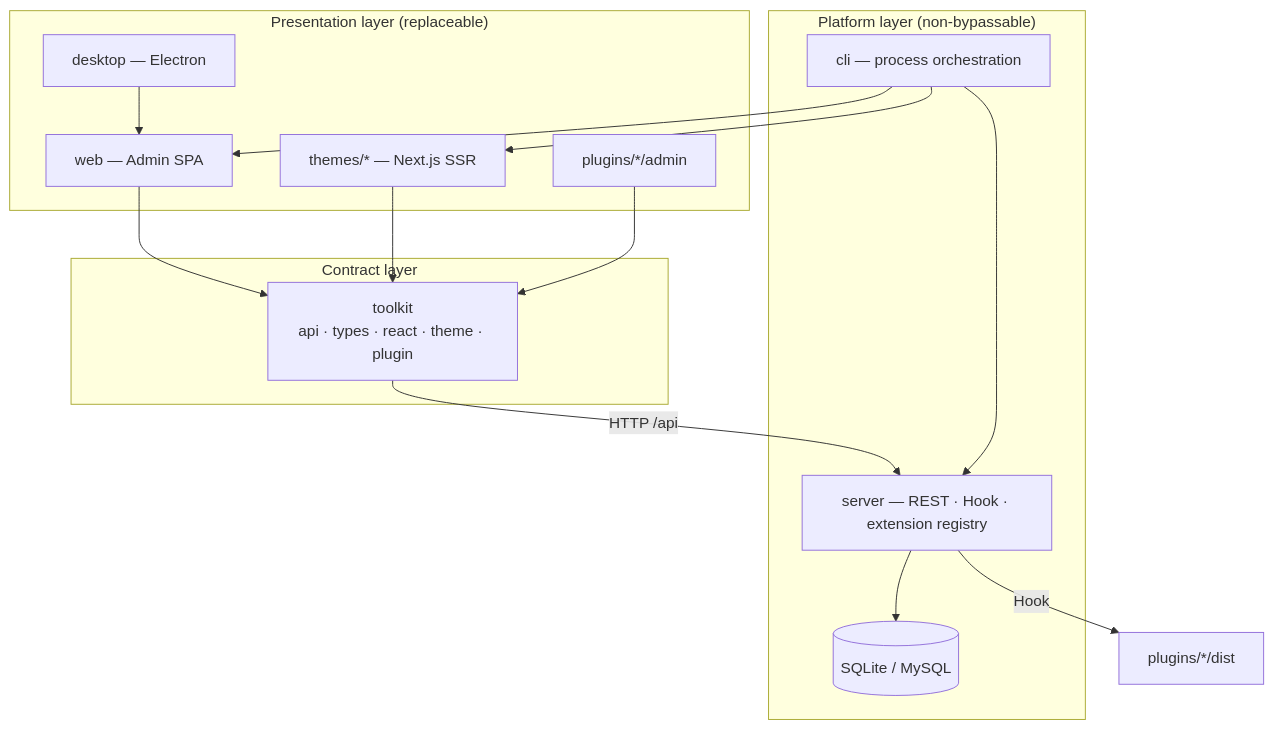
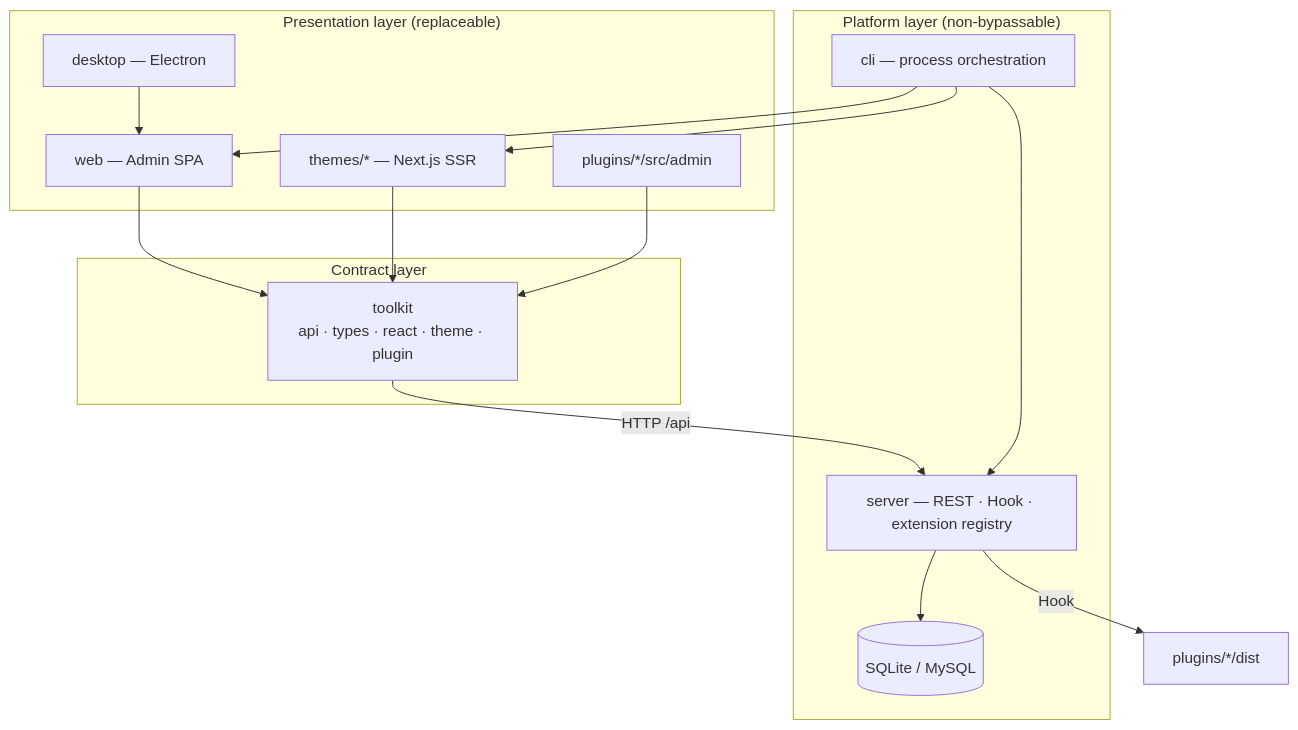
One commit to fecommunity/reactpress changed the diagram in docs/i18n/en/docusaurus-plugin-content-docs/current/developer-guide/architecture-overview.md. Above: the diagram before and after it, drawn with Mermaid. The commit also changed other lines of this file and 53 other files, not shown here.

````diff
--- a/docs/i18n/en/docusaurus-plugin-content-docs/current/developer-guide/architecture-overview.md
+++ b/docs/i18n/en/docusaurus-plugin-content-docs/current/developer-guide/architecture-overview.md
@@ -16,30 +16,30 @@
 ```mermaid
 flowchart TB
   subgraph Presentation["Presentation layer (replaceable)"]
     Web["web — Admin SPA"]
     Desktop["desktop — Electron"]
     Theme["themes/* — Next.js SSR"]
-    PluginUI["plugins/*/admin"]
+    PluginUI["plugins/*/src/admin"]
   end
 
   subgraph Contract["Contract layer"]
     Toolkit["toolkit<br/>api · types · react · theme · plugin"]
   end
 
   subgraph Platform["Platform layer (non-bypassable)"]
     Server["server — REST · Hook · extension registry"]
     CLI["cli — process orchestration"]
     DB[(SQLite / MySQL)]
   end
 
   Web --> Toolkit
   Desktop --> Web
   Theme --> Toolkit
   PluginUI --> Toolkit
   Toolkit -->|HTTP /api| Server
   Server -->|Hook| PluginSrv["plugins/*/dist"]
   Server --> DB
   CLI --> Web
   CLI --> Theme
   CLI --> Server
 ```
````
